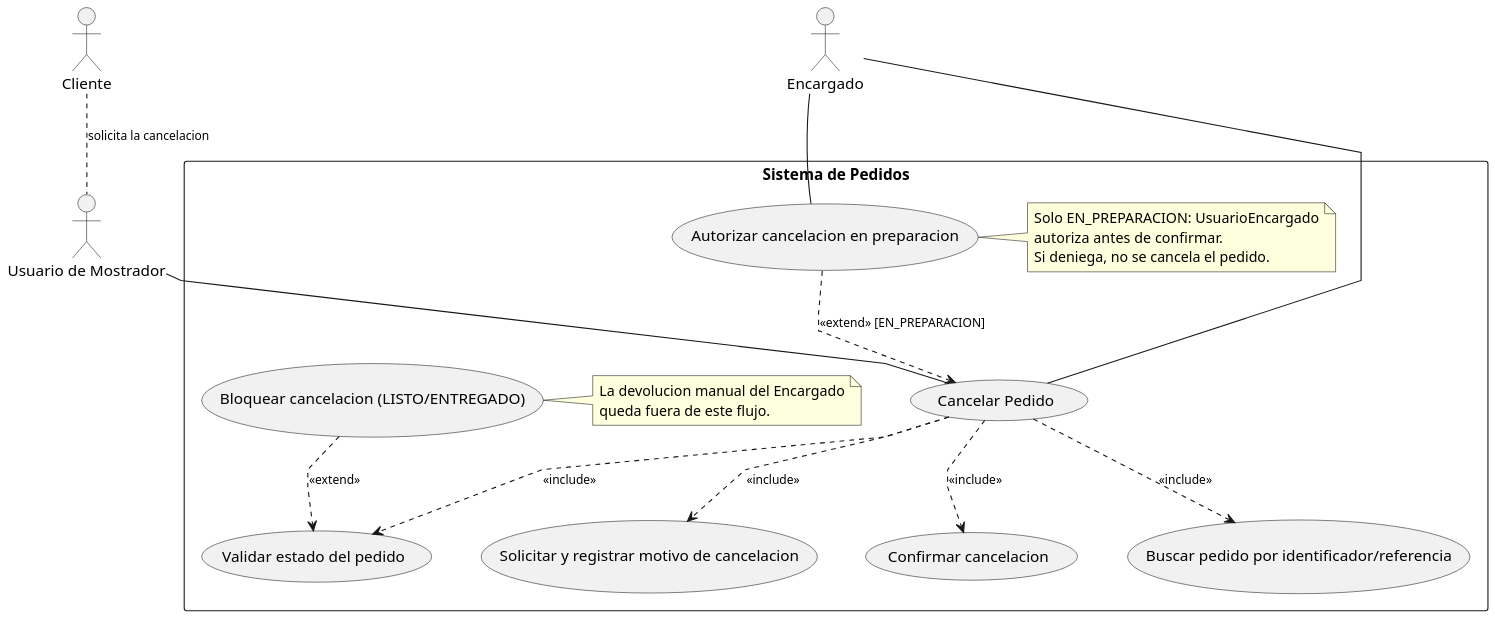
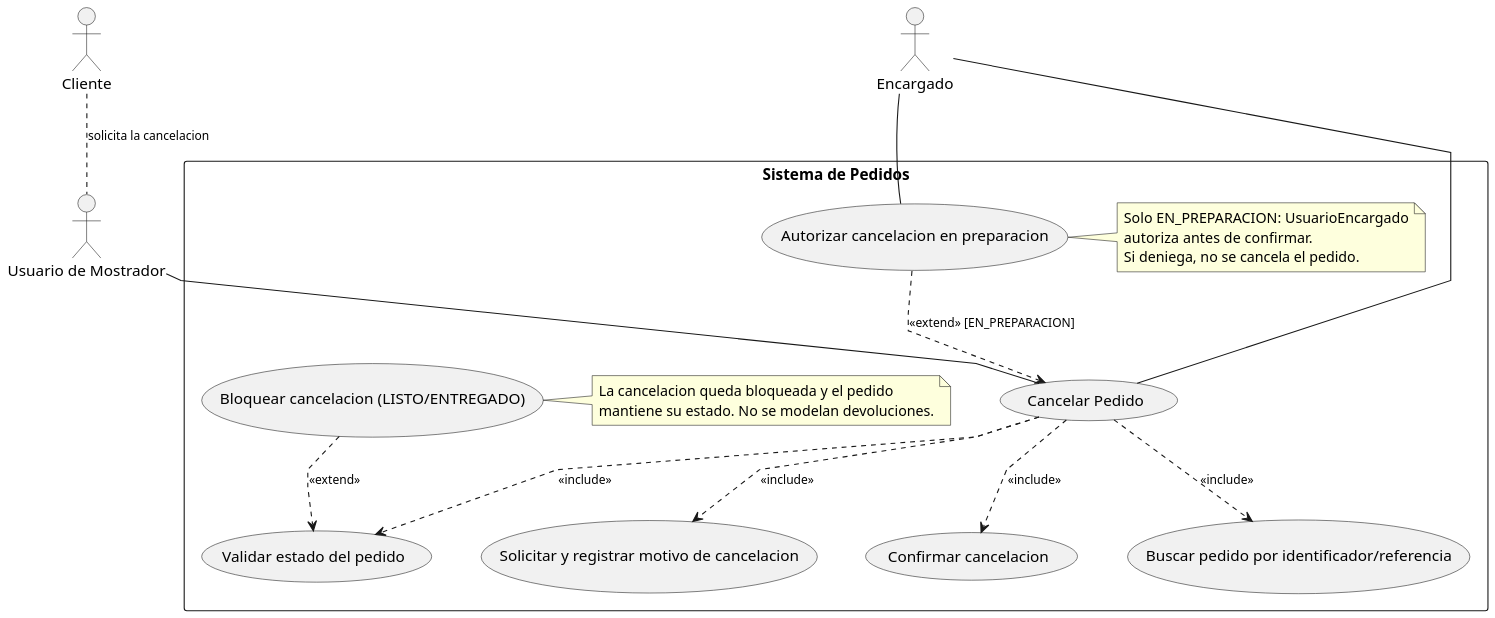
One commit to eloeyhe/SistemaPedidos changed the diagram in diagramas/02-casos-de-uso/02-caso-uso-cancelar-pedido-03.puml. Above: the diagram before and after it, drawn with PlantUML. The commit also changed 10 other files, not shown here.

Commit message:
fix: dejo bloqueada la cancelación de pedidos LISTO o ENTREGADO sin devolución manual y marco el pago QR como extensión futura (RC21, RC22)

```diff
--- a/diagramas/02-casos-de-uso/02-caso-uso-cancelar-pedido-03.puml
+++ b/diagramas/02-casos-de-uso/02-caso-uso-cancelar-pedido-03.puml
@@ -1,59 +1,59 @@
 @startuml 02-caso-uso-cancelar-pedido-03
 top to bottom direction
 skinparam dpi 150
 skinparam nodesep 45
 skinparam ranksep 60
 skinparam linetype polyline
 skinparam ArrowFontSize 11
 hide empty members
 actor Cliente
 actor "Usuario de Mostrador" as Mostrador
 actor "Encargado" as Encargado
 
 Cliente .. Mostrador : solicita la cancelacion
 
 rectangle "Sistema de Pedidos" {
 	usecase "Cancelar Pedido" as Cancelar
 	usecase "Buscar pedido por identificador/referencia" as Buscar
 	usecase "Validar estado del pedido" as ValidarEstado
 	usecase "Solicitar y registrar motivo de cancelacion" as RegistrarMotivo
 	usecase "Confirmar cancelacion" as Confirmar
 	usecase "Autorizar cancelacion en preparacion" as Autorizar
 	note right of Autorizar
 		Solo EN_PREPARACION: UsuarioEncargado
 		autoriza antes de confirmar.
 		Si deniega, no se cancela el pedido.
 	end note
 	usecase "Bloquear cancelacion (LISTO/ENTREGADO)" as Bloquear
 	note right of Bloquear
-		La devolucion manual del Encargado
-		queda fuera de este flujo.
+		La cancelacion queda bloqueada y el pedido
+		mantiene su estado. No se modelan devoluciones.
 	end note
 }
 
 Mostrador -- Cancelar
 Encargado -- Cancelar
 Encargado -- Autorizar
 
 ' El actor Encargado corresponde a la clase UsuarioEncargado
 ' del boceto (autorizarCancelacion()).
 Cancelar .> Buscar : <<include>>
 Cancelar .> ValidarEstado : <<include>>
 Cancelar .> RegistrarMotivo : <<include>>
 Cancelar .> Confirmar : <<include>>
 
 Autorizar .> Cancelar : <<extend>> [EN_PREPARACION]
 Bloquear .> ValidarEstado : <<extend>>
 
 ' --- Control de ranks: caso base arriba, incluidos en fila propia debajo ---
 Cancelar -[hidden]down- Buscar
 Cancelar -[hidden]down- ValidarEstado
 Cancelar -[hidden]down- RegistrarMotivo
 Cancelar -[hidden]down- Confirmar
 Buscar -[hidden]right- ValidarEstado
 ValidarEstado -[hidden]right- RegistrarMotivo
 RegistrarMotivo -[hidden]right- Confirmar
 Autorizar -[hidden]down- Cancelar
 Bloquear -[hidden]down- ValidarEstado
 Encargado -[hidden]down- Autorizar
 @enduml
```
